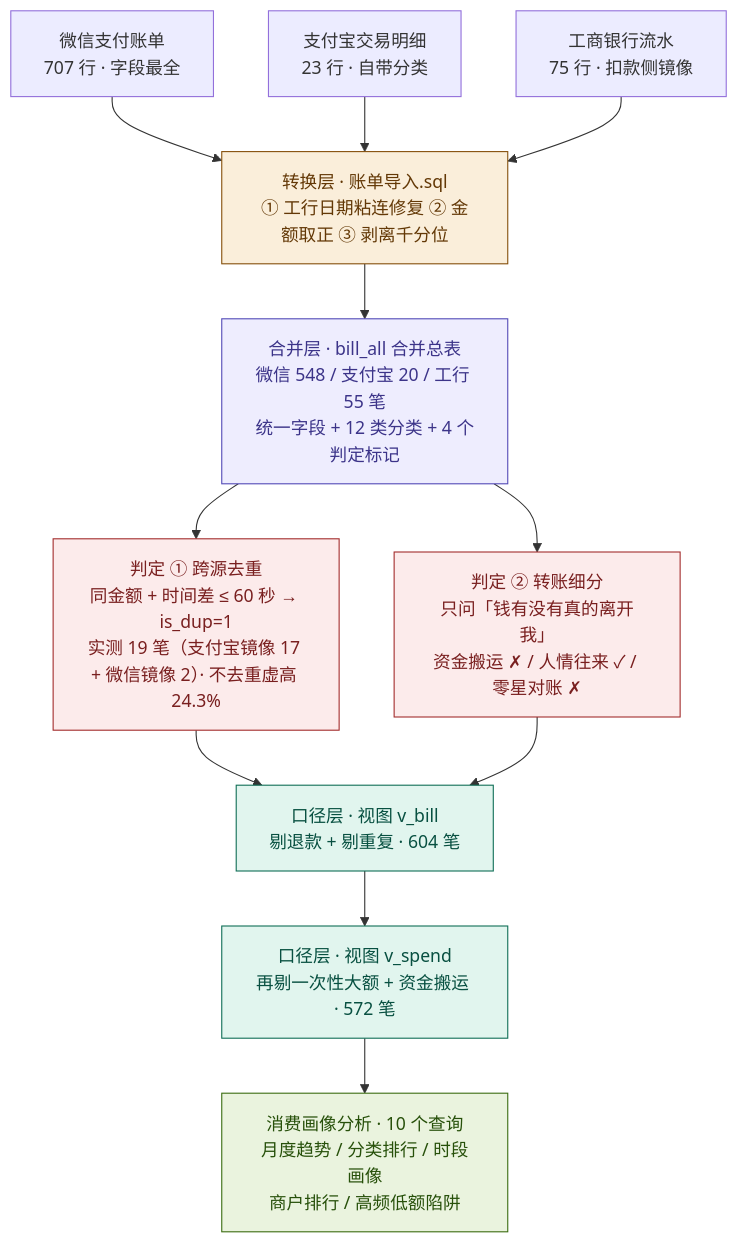
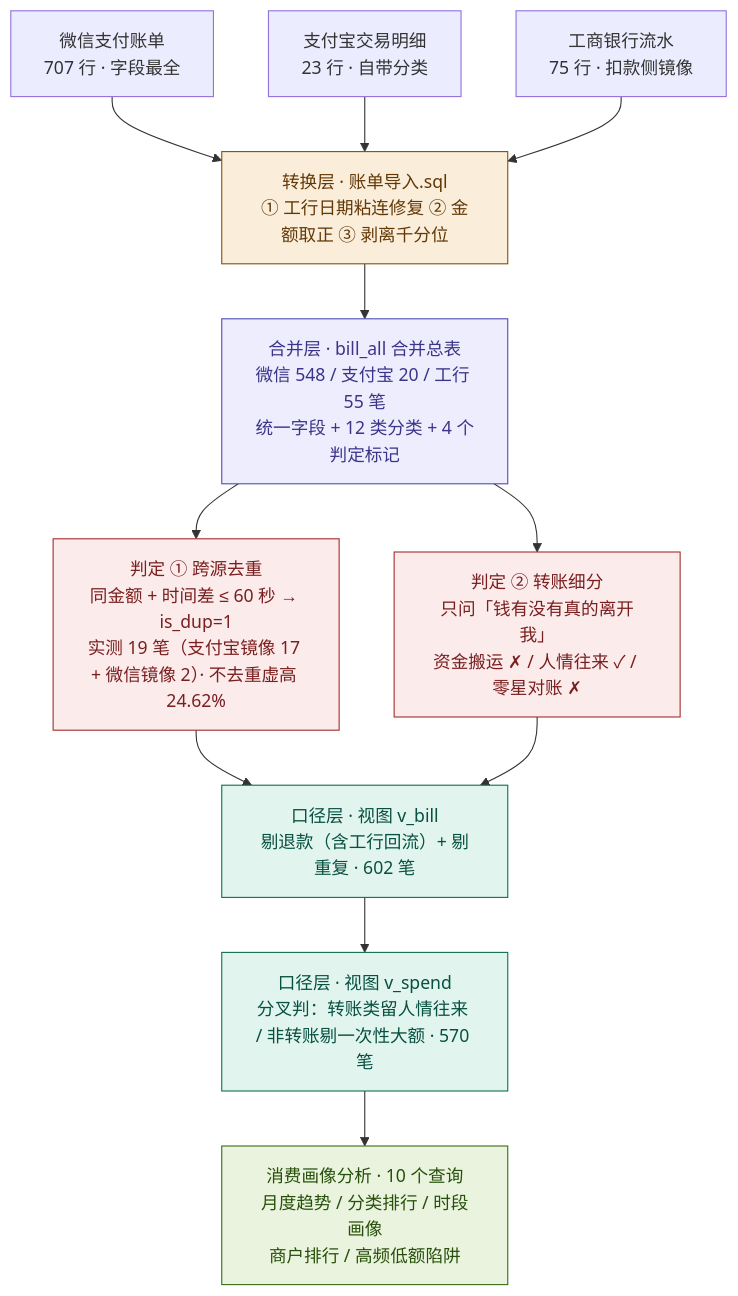
Before and after one commit to tiantian-yue/money-analyse: the diagram in 02_数据流图.md, drawn with Mermaid. The commit also changed 12 other files, not shown here.

````diff
--- a/02_数据流图.md
+++ b/02_数据流图.md
@@ -8,37 +8,37 @@
 ```mermaid
 flowchart TD
     A1["微信支付账单<br/>707 行 · 字段最全"]
     A2["支付宝交易明细<br/>23 行 · 自带分类"]
     A3["工商银行流水<br/>75 行 · 扣款侧镜像"]
 
     B["转换层 · 账单导入.sql<br/>① 工行日期粘连修复 ② 金额取正 ③ 剥离千分位"]
 
     C["合并层 · bill_all 合并总表<br/>微信 548 / 支付宝 20 / 工行 55 笔<br/>统一字段 + 12 类分类 + 4 个判定标记"]
 
-    D1["判定 ① 跨源去重<br/>同金额 + 时间差 ≤ 60 秒 → is_dup=1<br/>实测 19 笔（支付宝镜像 17 + 微信镜像 2）· 不去重虚高 24.3%"]
+    D1["判定 ① 跨源去重<br/>同金额 + 时间差 ≤ 60 秒 → is_dup=1<br/>实测 19 笔（支付宝镜像 17 + 微信镜像 2）· 不去重虚高 24.62%"]
     D2["判定 ② 转账细分<br/>只问「钱有没有真的离开我」<br/>资金搬运 ✗ / 人情往来 ✓ / 零星对账 ✗"]
 
-    E1["口径层 · 视图 v_bill<br/>剔退款 + 剔重复 · 604 笔"]
-    E2["口径层 · 视图 v_spend<br/>再剔一次性大额 + 资金搬运 · 572 笔"]
+    E1["口径层 · 视图 v_bill<br/>剔退款（含工行回流）+ 剔重复 · 602 笔"]
+    E2["口径层 · 视图 v_spend<br/>分叉判：转账类留人情往来 / 非转账剔一次性大额 · 570 笔"]
 
     F["消费画像分析 · 10 个查询<br/>月度趋势 / 分类排行 / 时段画像<br/>商户排行 / 高频低额陷阱"]
 
     A1 --> B
     A2 --> B
     A3 --> B
     B --> C
     C --> D1
     C --> D2
     D1 --> E1
     D2 --> E1
     E1 --> E2
     E2 --> F
 
     style B fill:#FAEEDA,stroke:#854F0B,color:#633806
     style C fill:#EEEDFE,stroke:#534AB7,color:#3C3489
     style D1 fill:#FCEBEB,stroke:#A32D2D,color:#791F1F
     style D2 fill:#FCEBEB,stroke:#A32D2D,color:#791F1F
     style E1 fill:#E1F5EE,stroke:#0F6E56,color:#085041
     style E2 fill:#E1F5EE,stroke:#0F6E56,color:#085041
     style F fill:#EAF3DE,stroke:#3B6D11,color:#27500A
 ```
````
